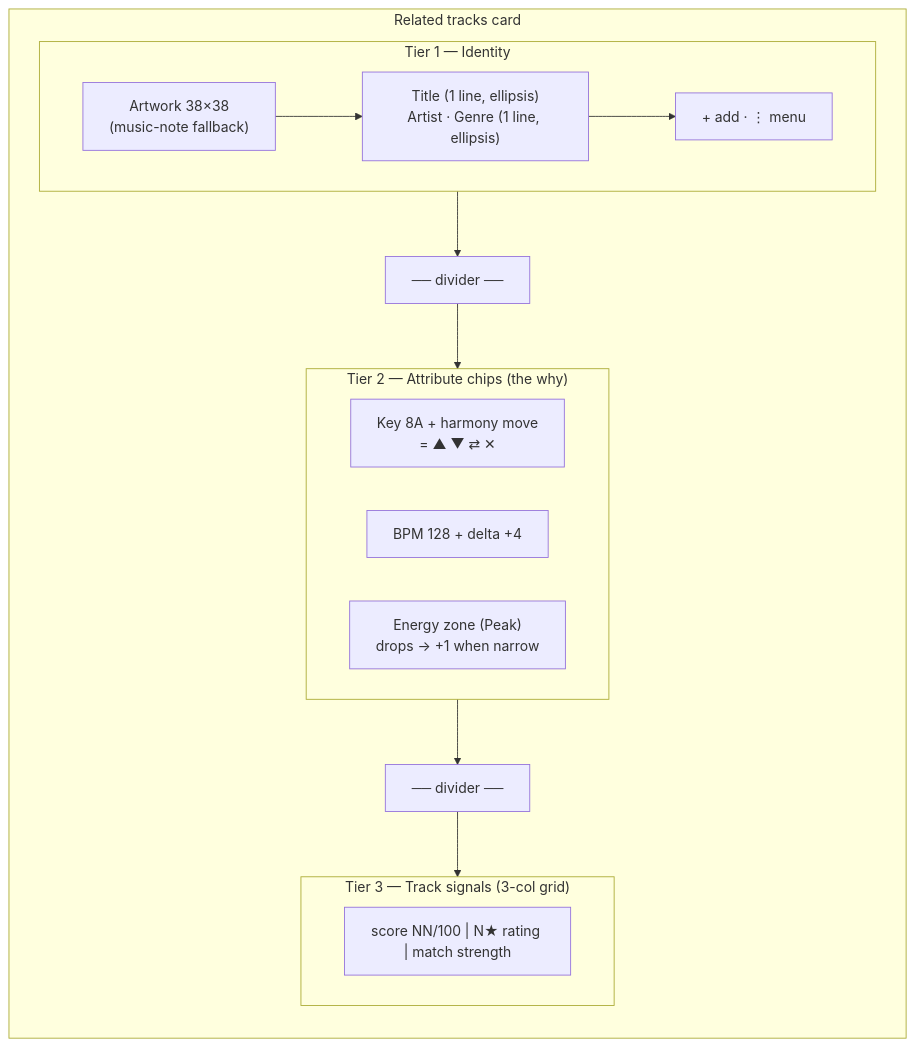
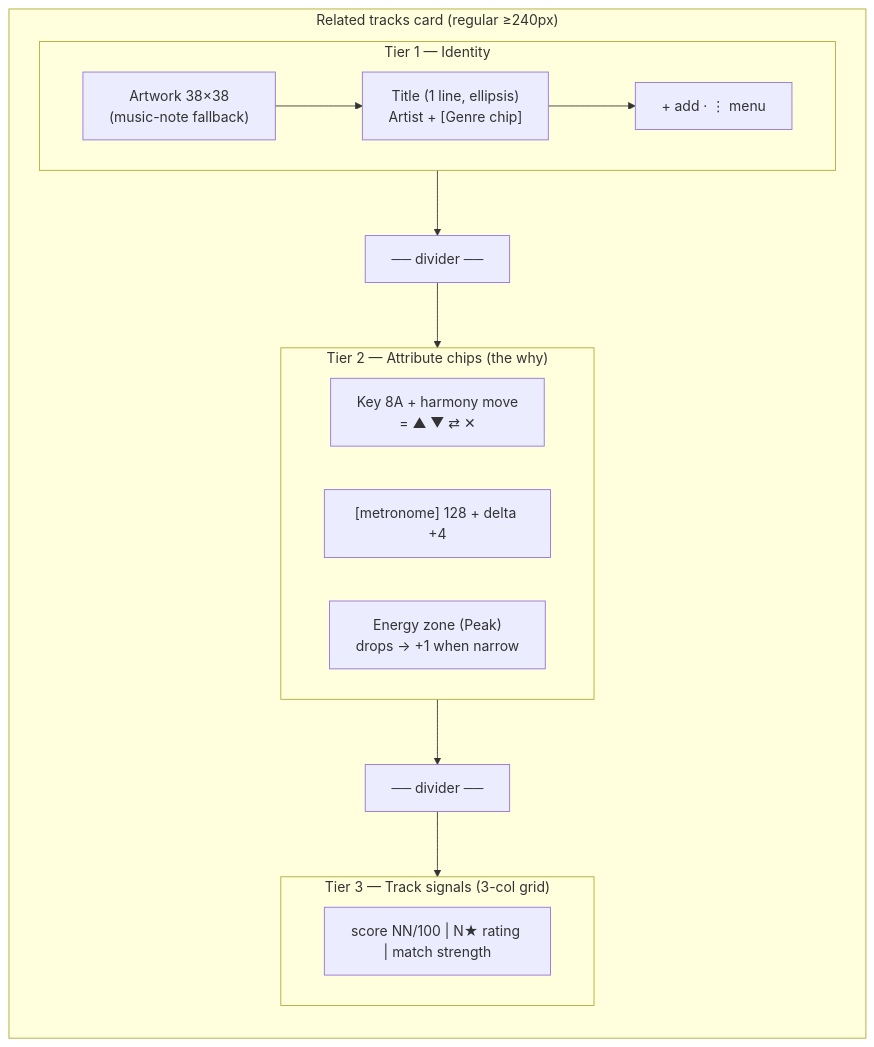
Before and after one commit to riveign/waveform-builer: the diagram in frontend/docs/design-system/related-tracks-card.md, drawn with Mermaid. The commit also changed other lines of this file and 5 other files, not shown here.

Commit message:
spec(023): STYLE - metronome BPM icon, centered stars, responsive card tiers

````diff
--- a/frontend/docs/design-system/related-tracks-card.md
+++ b/frontend/docs/design-system/related-tracks-card.md
@@ -23,26 +25,26 @@
 ```mermaid
 flowchart TB
-    subgraph Card["Related tracks card"]
+    subgraph Card["Related tracks card (regular ≥240px)"]
         direction TB
         subgraph T1["Tier 1 — Identity"]
             direction LR
             ART["Artwork 38×38<br/>(music-note fallback)"]
-            TXT["Title (1 line, ellipsis)<br/>Artist · Genre (1 line, ellipsis)"]
+            TXT["Title (1 line, ellipsis)<br/>Artist + [Genre chip]"]
             ACT["+ add · ⋮ menu"]
             ART --> TXT --> ACT
         end
         D1["── divider ──"]
         subgraph T2["Tier 2 — Attribute chips (the why)"]
             direction LR
             KEY["Key 8A + harmony move<br/>= ▲ ▼ ⇄ ✕"]
-            BPM["BPM 128 + delta +4"]
+            BPM["[metronome] 128 + delta +4"]
             EN["Energy zone (Peak)<br/>drops → +1 when narrow"]
         end
         D2["── divider ──"]
         subgraph T3["Tier 3 — Track signals (3-col grid)"]
             direction LR
             SIG["score NN/100 | N★ rating | match strength"]
         end
         T1 --> D1 --> T2 --> D2 --> T3
     end
 ```
````
